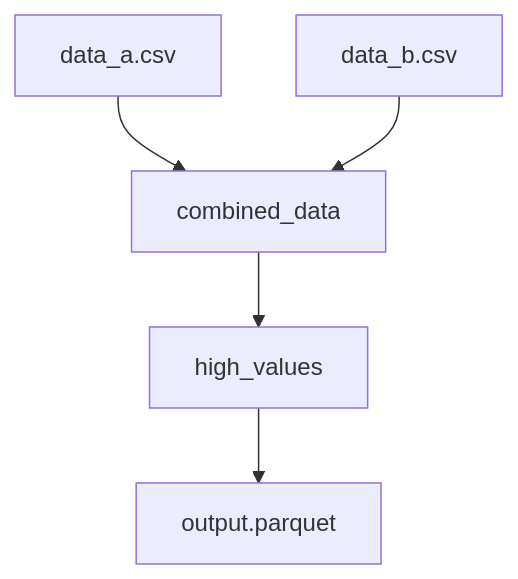
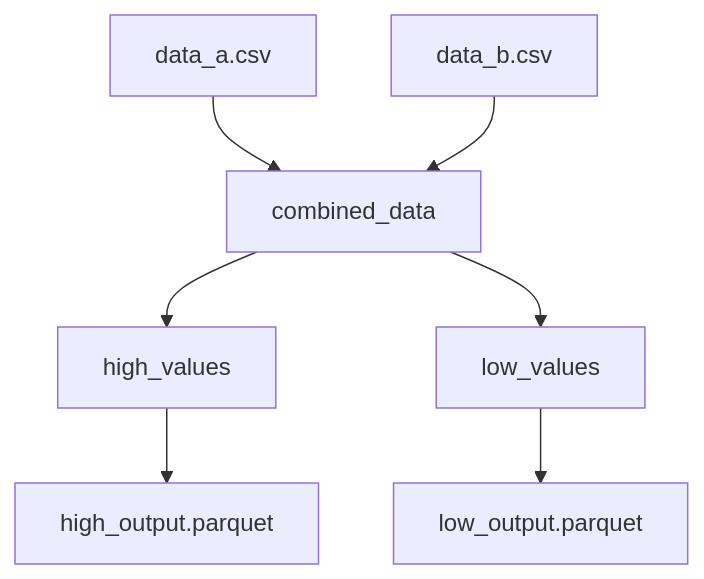
Before and after one commit to sadigaxund/Aqueduct: the diagram in gallery/snippets/08_channel_union_fanout/README.md, drawn with Mermaid. The commit also changed other lines of this file and 227 other files, not shown here.

````diff
--- a/gallery/snippets/08_channel_union_fanout/README.md
+++ b/gallery/snippets/08_channel_union_fanout/README.md
@@ -28,7 +28,9 @@
 ```mermaid
 graph TD
     A[data_a.csv] --> Union[combined_data]
     B[data_b.csv] --> Union
     Union --> High[high_values]
-    High --> Output[output.parquet]
+    Union --> Low[low_values]
+    High --> Out1[high_output.parquet]
+    Low --> Out2[low_output.parquet]
 ```
````
